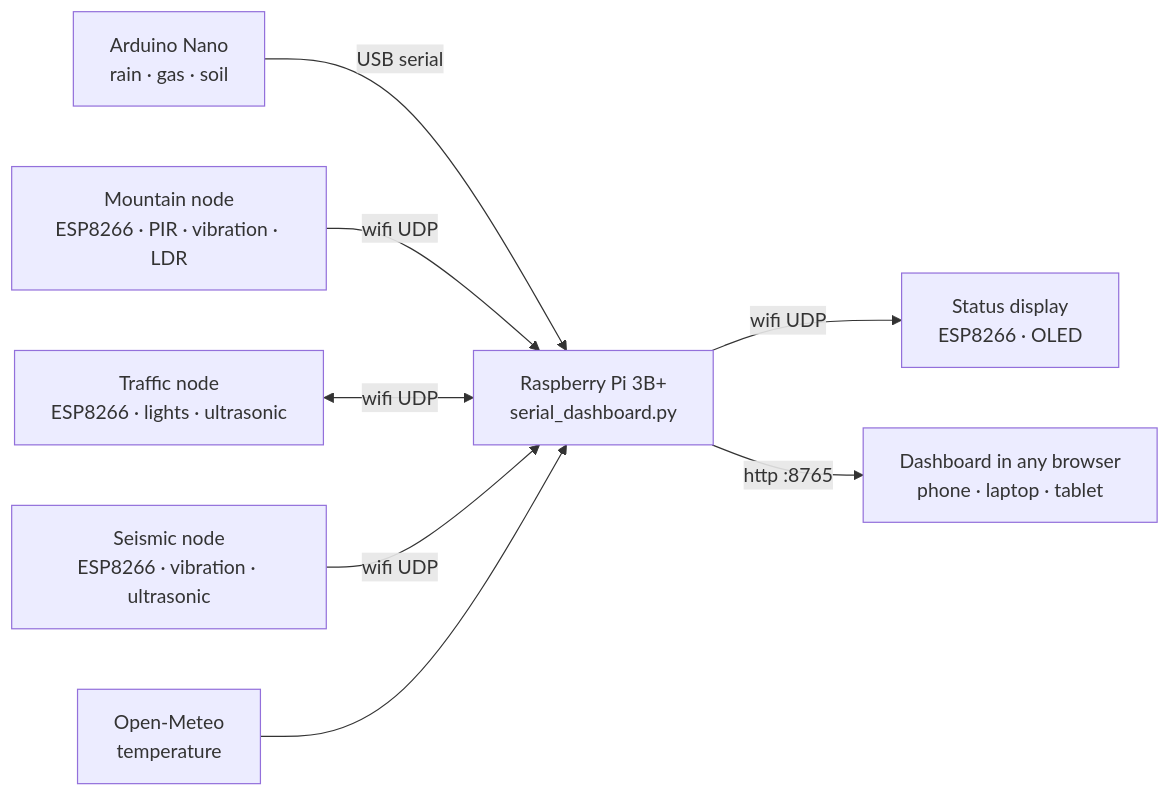
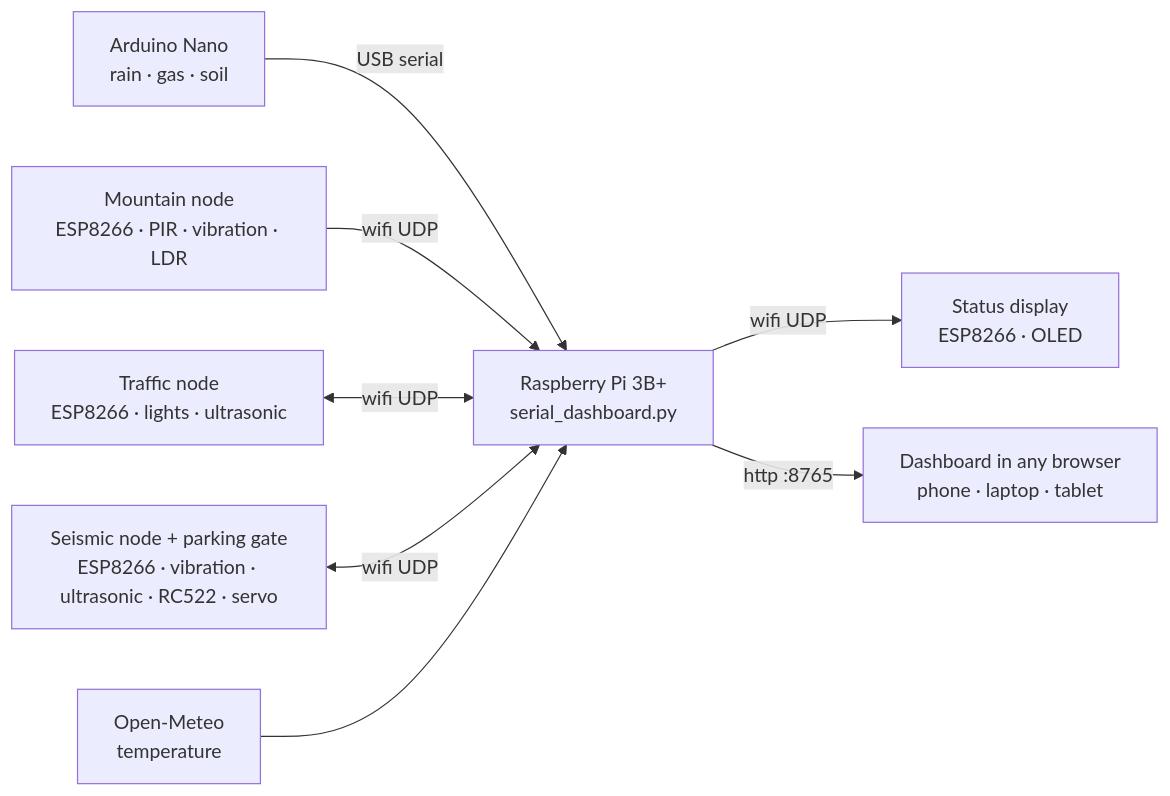
Before and after one commit to dhyandevp/smartcity: the diagram in README.md, drawn with Mermaid. The commit also changed other lines of this file and 9 other files, not shown here.

First line of the commit message:
Parking gate: RC522 NFC reader + servo on the seismic node, separate dashboard card

````diff
--- a/README.md
+++ b/README.md
@@ -28,10 +29,10 @@
 ```mermaid
 flowchart LR
     NANO["Arduino Nano<br/>rain · gas · soil"] -- USB serial --> PI
     MTN["Mountain node<br/>ESP8266 · PIR · vibration · LDR"] -- wifi UDP --> PI
     TRF["Traffic node<br/>ESP8266 · lights · ultrasonic"] <-- wifi UDP --> PI
-    SEI["Seismic node<br/>ESP8266 · vibration · ultrasonic"] -- wifi UDP --> PI
+    SEI["Seismic node + parking gate<br/>ESP8266 · vibration · ultrasonic · RC522 · servo"] <-- wifi UDP --> PI
     PI["Raspberry Pi 3B+<br/>serial_dashboard.py"] -- wifi UDP --> OLED["Status display<br/>ESP8266 · OLED"]
     WEB["Open-Meteo<br/>temperature"] --> PI
     PI -- "http :8765" --> BROWSER["Dashboard in any browser<br/>phone · laptop · tablet"]
 ```
````
